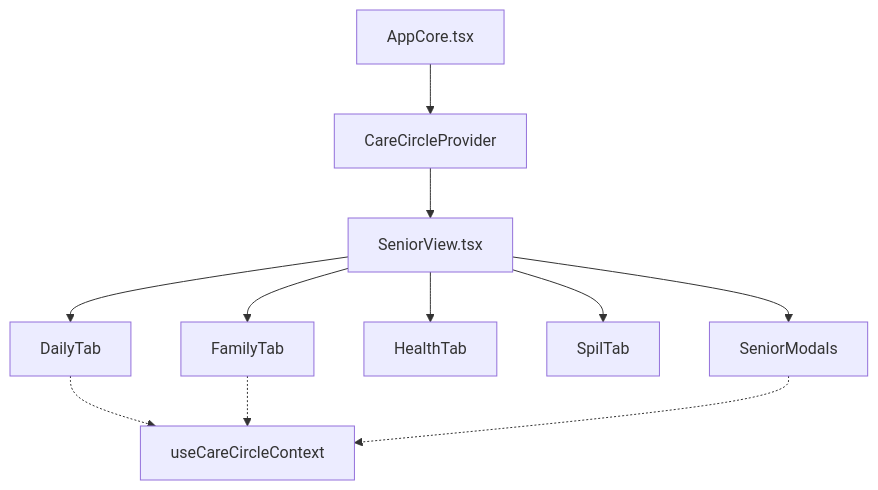
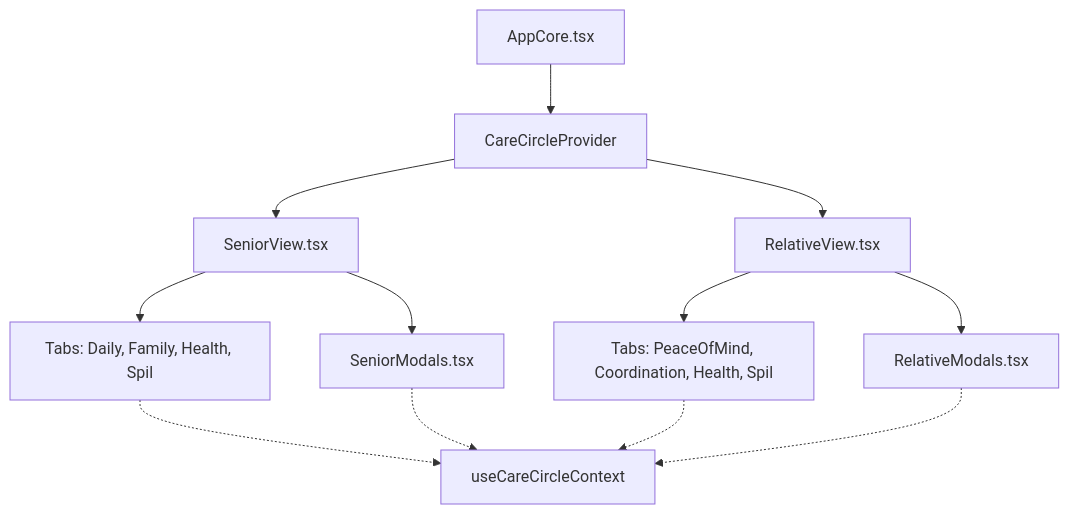
The diagram in tryg-app/docs/ARCHITECTURE.md (DinkoJuric/aeldrebagen), drawn with Mermaid before and after one commit. The commit also changed other lines of this file and 8 other files, not shown here.

Commit message:
feat: Phase 4 - Relative View Refactor & Context Integration

````diff
--- a/tryg-app/docs/ARCHITECTURE.md
+++ b/tryg-app/docs/ARCHITECTURE.md
@@ -307,14 +292,17 @@
 ```mermaid
 graph TD
     AppCore[AppCore.tsx] --> Provider[CareCircleProvider]
+    
     Provider --> SeniorView[SeniorView.tsx]
-    SeniorView --> Daily[DailyTab]
-    SeniorView --> Family[FamilyTab]
-    SeniorView --> Health[HealthTab]
-    SeniorView --> Spil[SpilTab]
-    SeniorView --> Modals[SeniorModals]
+    SeniorView --> STabs[Tabs: Daily, Family, Health, Spil]
+    SeniorView --> SModals[SeniorModals.tsx]
     
-    Daily -.-> Context[useCareCircleContext]
-    Family -.-> Context
-    Modals -.-> Context
+    Provider --> RelativeView[RelativeView.tsx]
+    RelativeView --> RTabs[Tabs: PeaceOfMind, Coordination, Health, Spil]
+    RelativeView --> RModals[RelativeModals.tsx]
+    
+    STabs -.-> Context[useCareCircleContext]
+    RTabs -.-> Context
+    SModals -.-> Context
+    RModals -.-> Context
 ```
````
